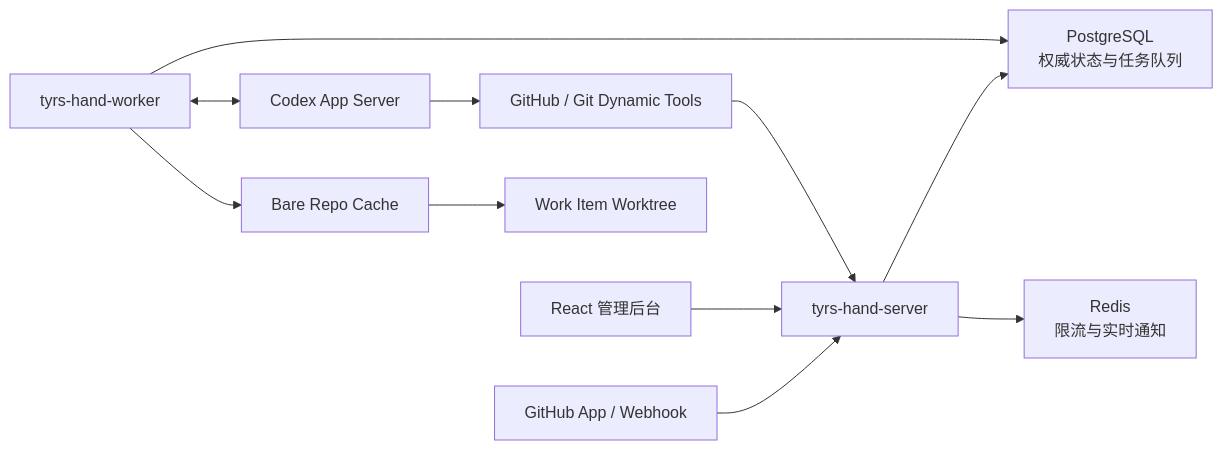
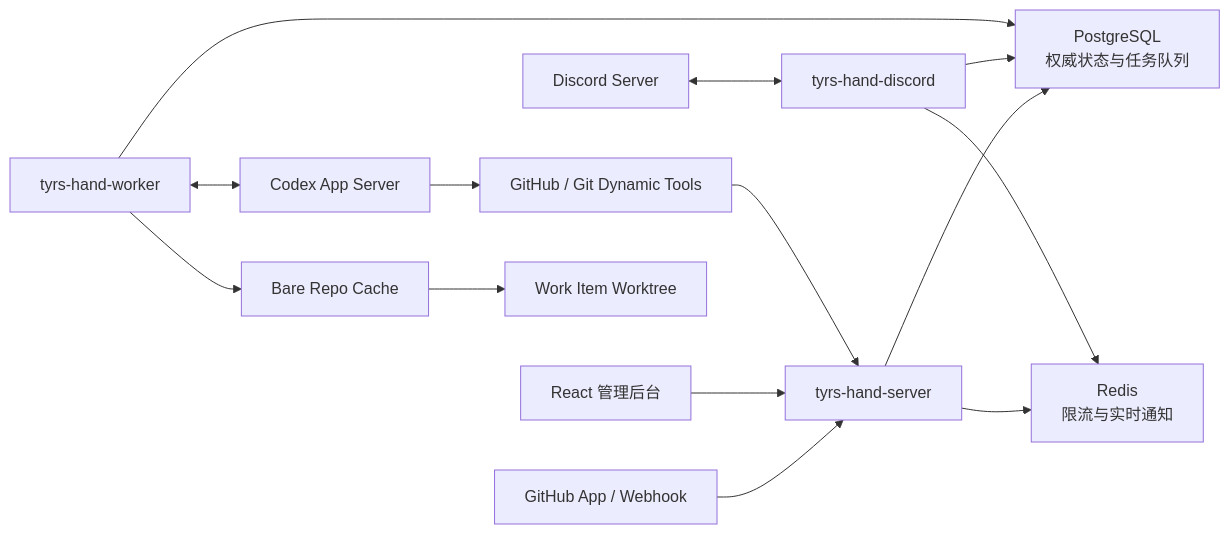
One commit to slovx2/tyrs-hand changed the diagram in README.md. Above: the diagram before and after it, drawn with Mermaid. The commit also changed other lines of this file and 2 other files, not shown here.

Commit message:
docs: 补充 Discord 部署与使用说明

````diff
--- a/README.md
+++ b/README.md
@@ -31,13 +32,16 @@
 ```mermaid
 flowchart LR
     GitHub["GitHub App / Webhook"] --> Server["tyrs-hand-server"]
     Admin["React 管理后台"] --> Server
+    Discord["Discord Server"] <--> Gateway["tyrs-hand-discord"]
     Server --> PostgreSQL["PostgreSQL\n权威状态与任务队列"]
     Server --> Redis["Redis\n限流与实时通知"]
+    Gateway --> PostgreSQL
+    Gateway --> Redis
     Worker["tyrs-hand-worker"] --> PostgreSQL
     Worker --> Cache["Bare Repo Cache"]
     Cache --> Worktree["Work Item Worktree"]
     Worker <--> Codex["Codex App Server"]
     Codex --> Tools["GitHub / Git Dynamic Tools"]
     Tools --> Server
 ```
````
